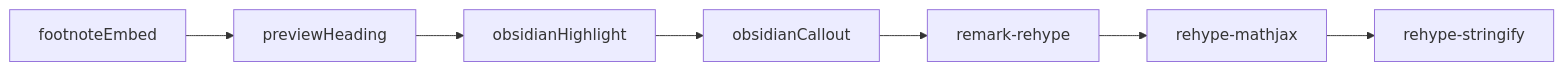
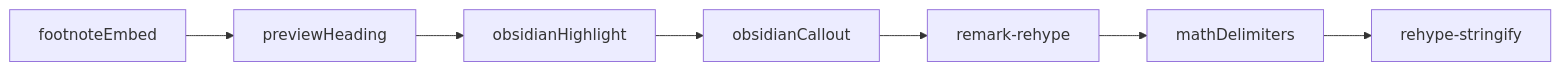
Before and after one commit to zunaidFarouque/Obsidian-Anki-AST-Engine: the second of 2 diagrams in Docs/Card-Rendering.md, drawn with Mermaid. The commit also changed other lines of this file and 7 other files, not shown here.

````diff
--- a/Docs/Card-Rendering.md
+++ b/Docs/Card-Rendering.md
@@ -145,11 +148,11 @@
 ```mermaid
 flowchart LR
   fn[footnoteEmbed]
   ph[previewHeading]
   hi[obsidianHighlight]
   co[obsidianCallout]
   rr[remark-rehype]
-  mj[rehype-mathjax]
+  mj[mathDelimiters]
   rs[rehype-stringify]
   fn --> ph --> hi --> co --> rr --> mj --> rs
 ```
````
